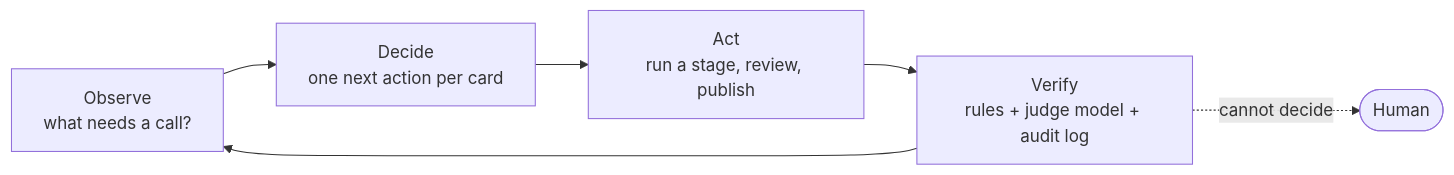
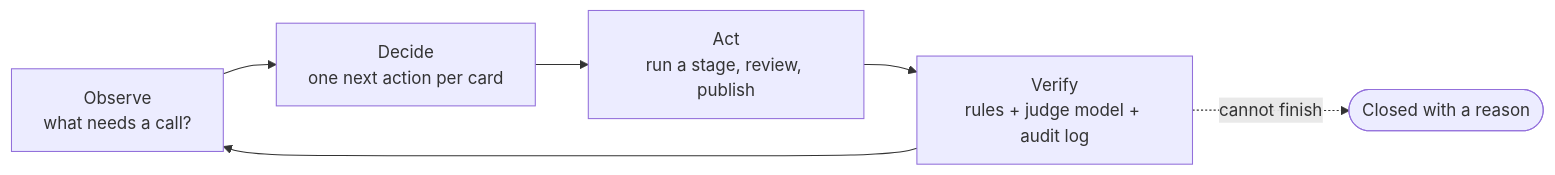
The first of 2 diagrams in README.md (suraj-shrivastav/signalforge), drawn with Mermaid before and after one commit. The commit also changed other lines of this file and 13 other files, not shown here.

````diff
--- a/README.md
+++ b/README.md
@@ -23,8 +23,8 @@
 ```mermaid
 flowchart LR
     O["Observe<br/>what needs a call?"] --> D["Decide<br/>one next action per card"]
     D --> A["Act<br/>run a stage, review, publish"]
     A --> V["Verify<br/>rules + judge model + audit log"]
     V --> O
-    V -. "cannot decide" .-> H(["Human"])
+    V -. "cannot finish" .-> H(["Closed with a reason"])
 ```
````
